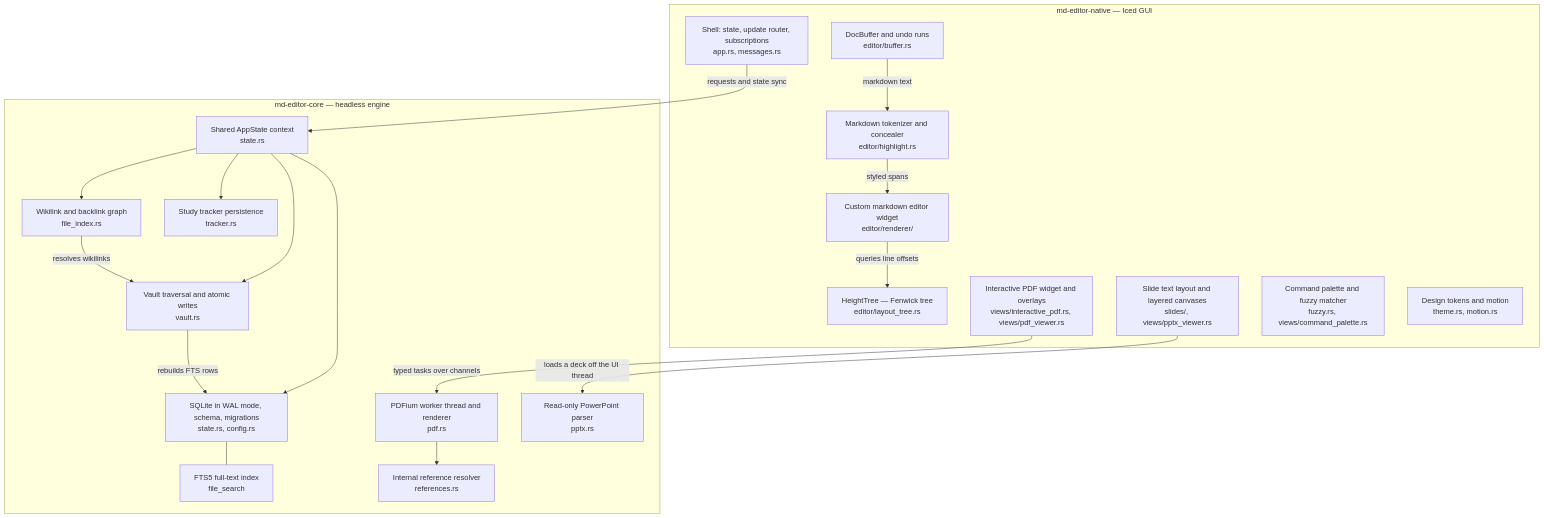
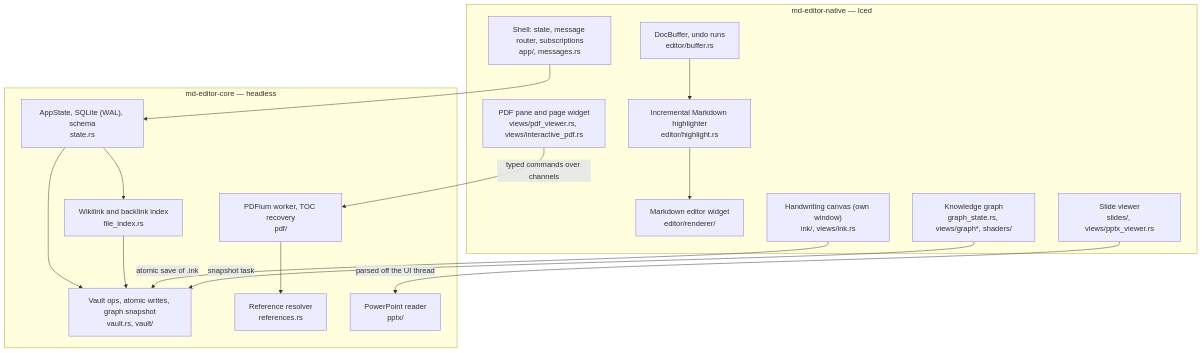
The diagram in wiki/Home.md (Suranjan77/md-editor), drawn with Mermaid before and after one commit. The commit also changed other lines of this file and 45 other files, not shown here.

````diff
--- a/wiki/Home.md
+++ b/wiki/Home.md
@@ -19,41 +40,33 @@
 ```mermaid
 graph TB
-    subgraph UI ["md-editor-native — Iced GUI"]
-        App["Shell: state, update router, subscriptions<br/>app.rs, messages.rs"]
-        Widget["Custom markdown editor widget<br/>editor/renderer/"]
-        DocBuf["DocBuffer and undo runs<br/>editor/buffer.rs"]
-        Fenwick["HeightTree — Fenwick tree<br/>editor/layout_tree.rs"]
-        Highlighter["Markdown tokenizer and concealer<br/>editor/highlight.rs"]
-        PDFView["Interactive PDF widget and overlays<br/>views/interactive_pdf.rs, views/pdf_viewer.rs"]
-        SlideView["Slide text layout and layered canvases<br/>slides/, views/pptx_viewer.rs"]
-        Palette["Command palette and fuzzy matcher<br/>fuzzy.rs, views/command_palette.rs"]
-        Tokens["Design tokens and motion<br/>theme.rs, motion.rs"]
+    subgraph UI ["md-editor-native — Iced"]
+        App["Shell: state, message router, subscriptions<br/>app/, messages.rs"]
+        Widget["Markdown editor widget<br/>editor/renderer/"]
+        DocBuf["DocBuffer, undo runs<br/>editor/buffer.rs"]
+        Highlighter["Incremental Markdown highlighter<br/>editor/highlight.rs"]
+        PDFView["PDF pane and page widget<br/>views/pdf_viewer.rs, views/interactive_pdf.rs"]
+        SlideView["Slide viewer<br/>slides/, views/pptx_viewer.rs"]
+        GraphView["Knowledge graph<br/>graph_state.rs, views/graph*, shaders/"]
+        Ink["Handwriting canvas (own window)<br/>ink/, views/ink.rs"]
     end
 
-    subgraph Core ["md-editor-core — headless engine"]
-        AppState["Shared AppState context<br/>state.rs"]
-        Vault["Vault traversal and atomic writes<br/>vault.rs"]
-        Index["Wikilink and backlink graph<br/>file_index.rs"]
-        SQLite["SQLite in WAL mode, schema, migrations<br/>state.rs, config.rs"]
-        FTS["FTS5 full-text index<br/>file_search"]
-        PDFWorker["PDFium worker thread and renderer<br/>pdf.rs"]
-        RefScanner["Internal reference resolver<br/>references.rs"]
-        PptxParser["Read-only PowerPoint parser<br/>pptx.rs"]
-        Tracker["Study tracker persistence<br/>tracker.rs"]
+    subgraph Core ["md-editor-core — headless"]
+        AppState["AppState, SQLite (WAL), schema<br/>state.rs"]
+        Vault["Vault ops, atomic writes, graph snapshot<br/>vault.rs, vault/"]
+        Index["Wikilink and backlink index<br/>file_index.rs"]
+        PDFWorker["PDFium worker, TOC recovery<br/>pdf/"]
+        RefScanner["Reference resolver<br/>references.rs"]
+        PptxParser["PowerPoint reader<br/>pptx/"]
     end
 
-    App -->|"requests and state sync"| AppState
-    Widget -->|"queries line offsets"| Fenwick
-    DocBuf -->|"markdown text"| Highlighter
-    Highlighter -->|"styled spans"| Widget
-    PDFView -->|"typed tasks over channels"| PDFWorker
-    SlideView -->|"loads a deck off the UI thread"| PptxParser
-    Vault -->|"rebuilds FTS rows"| SQLite
-    Index -->|"resolves wikilinks"| Vault
-    AppState --> SQLite
+    App --> AppState
+    DocBuf --> Highlighter --> Widget
+    PDFView -->|"typed commands over channels"| PDFWorker
+    PDFWorker --> RefScanner
+    SlideView -->|"parsed off the UI thread"| PptxParser
+    GraphView -->|"snapshot task"| Vault
+    Ink -->|"atomic save of .ink"| Vault
+    Index --> Vault
     AppState --> Vault
     AppState --> Index
-    AppState --> Tracker
-    SQLite --- FTS
-    PDFWorker --> RefScanner
 ```
````
